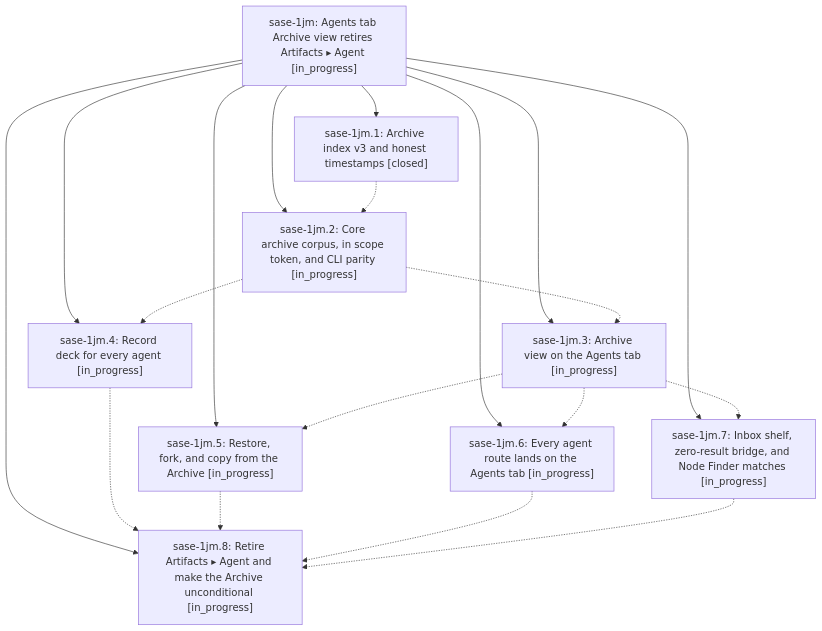
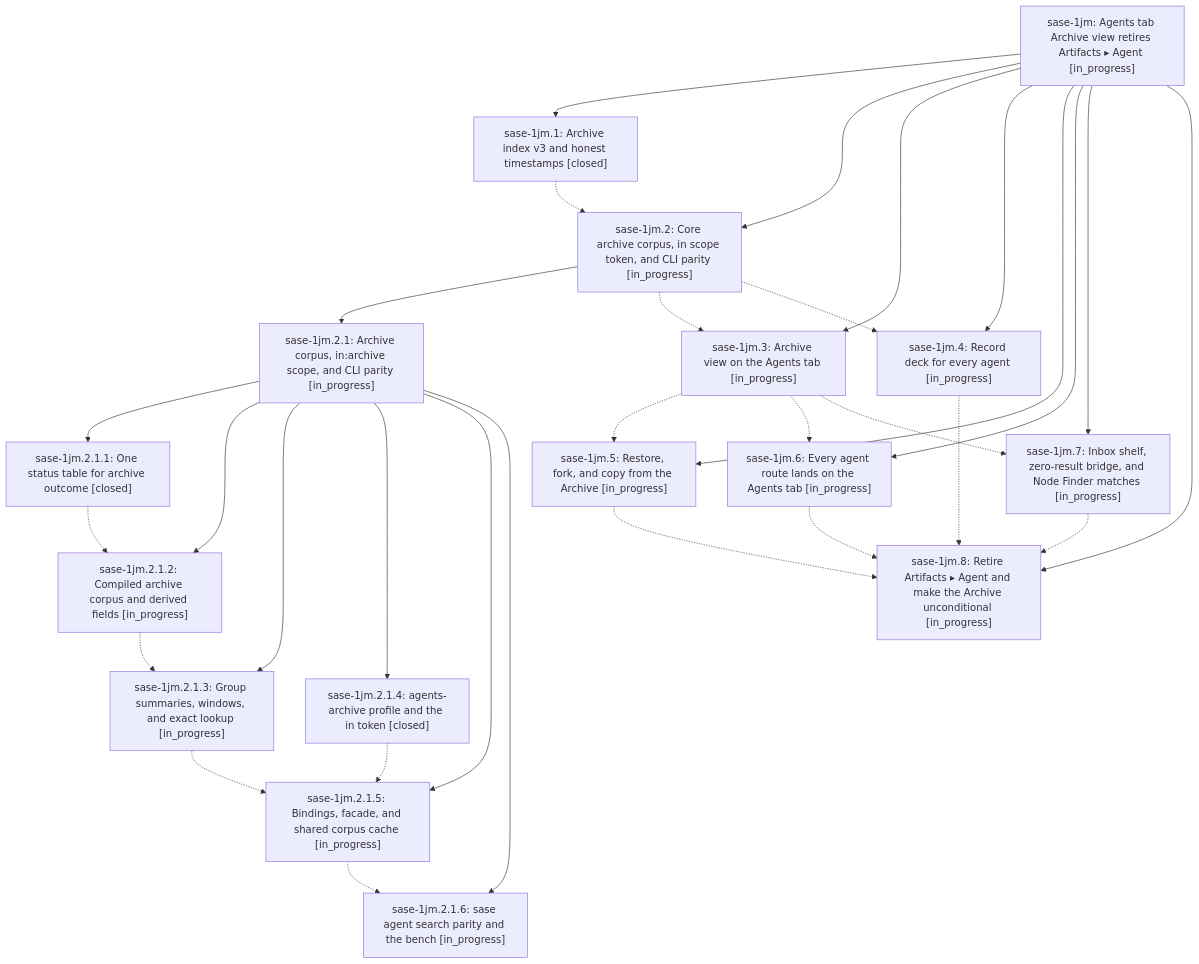
The diagram in pages/sase-1jm/README.md (sase-org/sase--beads), drawn with Mermaid before and after one commit. The commit also changed other lines of this file and 9 other files, not shown here.

````diff
--- a/pages/sase-1jm/README.md
+++ b/pages/sase-1jm/README.md
@@ -41,30 +43,49 @@
 ```mermaid
 flowchart TD
     n0["sase-1jm: Agents tab Archive view retires Artifacts ▸ Agent [in_progress]"]
     n1["sase-1jm.1: Archive index v3 and honest timestamps [closed]"]
     n2["sase-1jm.2: Core archive corpus, in scope token, and CLI parity [in_progress]"]
-    n3["sase-1jm.3: Archive view on the Agents tab [in_progress]"]
-    n4["sase-1jm.4: Record deck for every agent [in_progress]"]
-    n5["sase-1jm.5: Restore, fork, and copy from the Archive [in_progress]"]
-    n6["sase-1jm.6: Every agent route lands on the Agents tab [in_progress]"]
-    n7["sase-1jm.7: Inbox shelf, zero-result bridge, and Node Finder matches [in_progress]"]
-    n8["sase-1jm.8: Retire Artifacts ▸ Agent and make the Archive unconditional [in_progress]"]
+    n3["sase-1jm.2.1: Archive corpus, in:archive scope, and CLI parity [in_progress]"]
+    n4["sase-1jm.2.1.1: One status table for archive outcome [closed]"]
+    n5["sase-1jm.2.1.2: Compiled archive corpus and derived fields [in_progress]"]
+    n6["sase-1jm.2.1.3: Group summaries, windows, and exact lookup [in_progress]"]
+    n7["sase-1jm.2.1.4: agents-archive profile and the in token [closed]"]
+    n8["sase-1jm.2.1.5: Bindings, facade, and shared corpus cache [in_progress]"]
+    n9["sase-1jm.2.1.6: sase agent search parity and the bench [in_progress]"]
+    n10["sase-1jm.3: Archive view on the Agents tab [in_progress]"]
+    n11["sase-1jm.4: Record deck for every agent [in_progress]"]
+    n12["sase-1jm.5: Restore, fork, and copy from the Archive [in_progress]"]
+    n13["sase-1jm.6: Every agent route lands on the Agents tab [in_progress]"]
+    n14["sase-1jm.7: Inbox shelf, zero-result bridge, and Node Finder matches [in_progress]"]
+    n15["sase-1jm.8: Retire Artifacts ▸ Agent and make the Archive unconditional [in_progress]"]
     n0 --> n1
     n0 --> n2
-    n0 --> n3
-    n0 --> n4
-    n0 --> n5
-    n0 --> n6
-    n0 --> n7
-    n0 --> n8
+    n2 --> n3
+    n3 --> n4
+    n3 --> n5
+    n3 --> n6
+    n3 --> n7
+    n3 --> n8
+    n3 --> n9
+    n0 --> n10
+    n0 --> n11
+    n0 --> n12
+    n0 --> n13
+    n0 --> n14
+    n0 --> n15
     n1 -.-> n2
-    n2 -.-> n3
-    n2 -.-> n4
-    n3 -.-> n5
-    n3 -.-> n6
-    n3 -.-> n7
-    n4 -.-> n8
-    n5 -.-> n8
+    n2 -.-> n10
+    n2 -.-> n11
+    n4 -.-> n5
+    n5 -.-> n6
     n6 -.-> n8
     n7 -.-> n8
+    n8 -.-> n9
+    n10 -.-> n12
+    n10 -.-> n13
+    n10 -.-> n14
+    n11 -.-> n15
+    n12 -.-> n15
+    n13 -.-> n15
+    n14 -.-> n15
 ```
````
